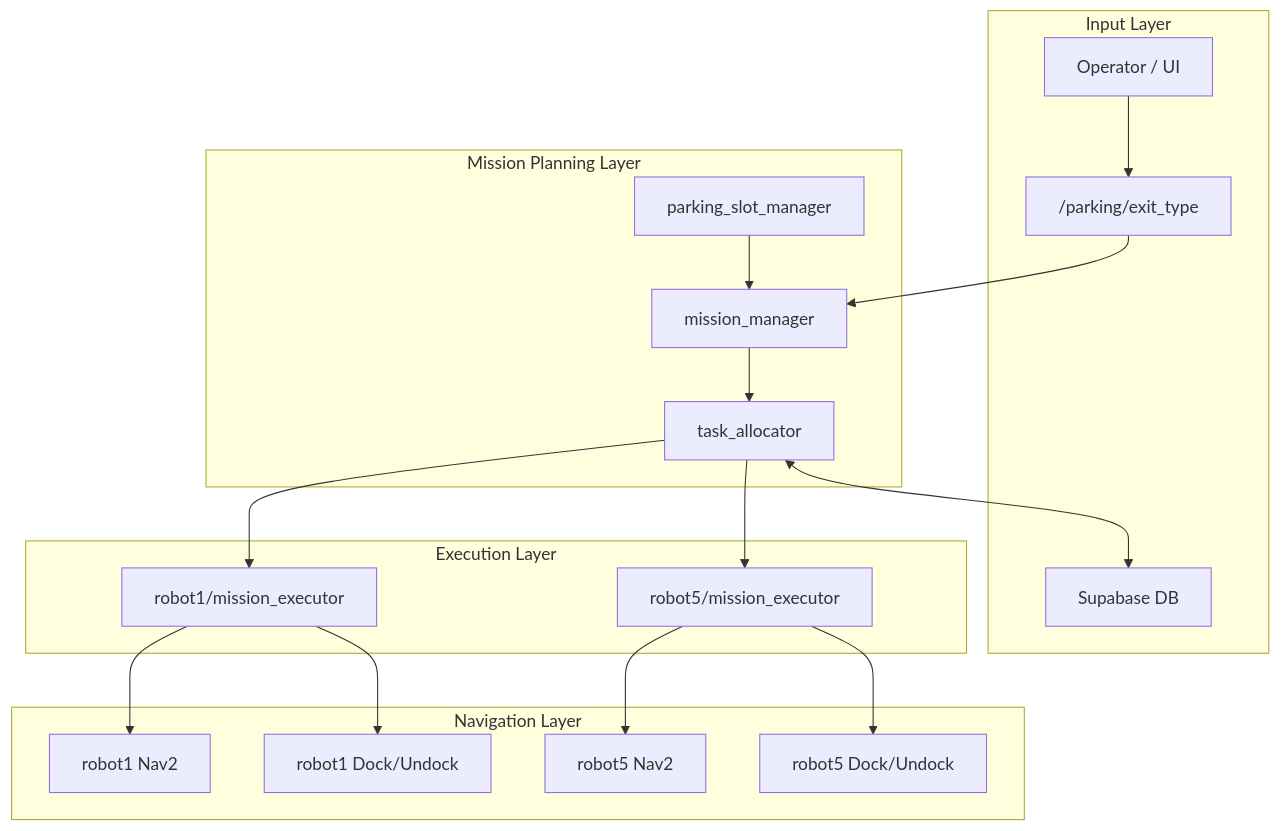
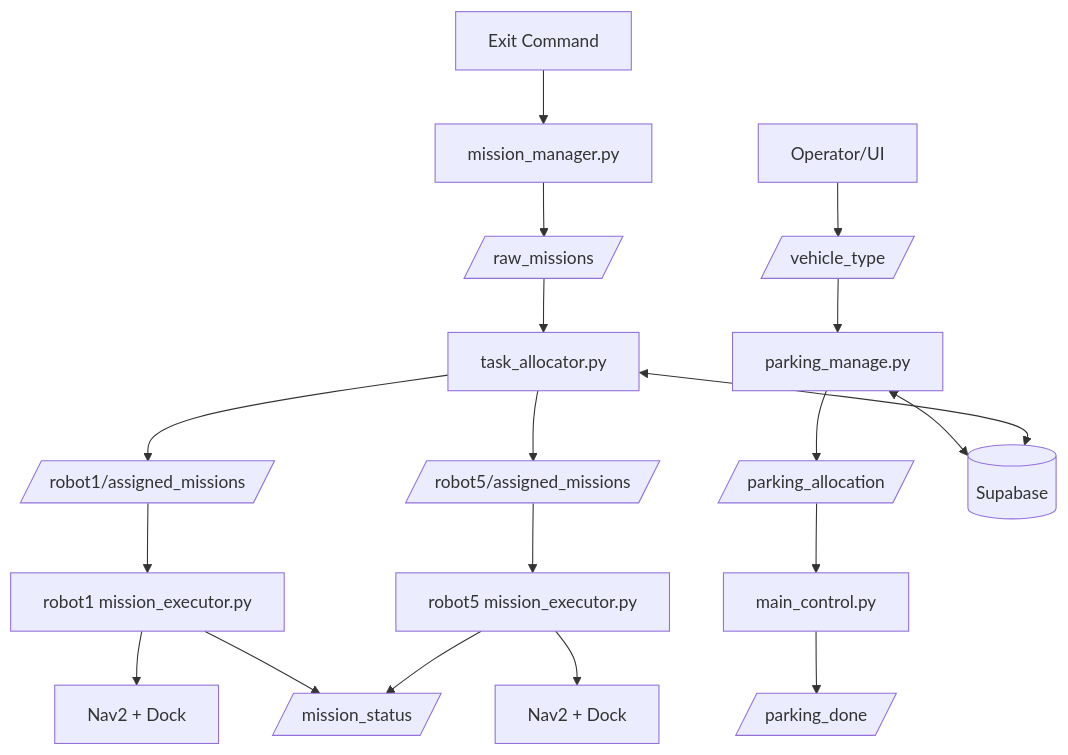
The diagram in 다중 AMR 주차대행 자동화 시스템 제어/README.md (amogae7/ROKEY_Projects), drawn with Mermaid before and after one commit. The commit also changed other lines of this file and 3 other files, not shown here.

````diff
--- a/다중 AMR 주차대행 자동화 시스템 제어/README.md
+++ b/다중 AMR 주차대행 자동화 시스템 제어/README.md
@@ -23,39 +48,22 @@
 ```mermaid
 flowchart TD
+  UI[Operator/UI] --> VT[/vehicle_type/]
+  VT --> PSM[parking_manage.py]
+  PSM --> ALLOC[/parking_allocation/]
+  ALLOC --> ORCH[main_control.py]
+  ORCH --> DONE[/parking_done/]
 
-subgraph L0["Input Layer"]
-    USER["Operator / UI"]
-    EXIT["/parking/exit_type"]
-    DB["Supabase DB"]
-end
-
-subgraph L1["Mission Planning Layer"]
-    SLOT["parking_slot_manager"]
-    MM["mission_manager"]
-    TA["task_allocator"]
-end
-
-subgraph L2["Execution Layer"]
-    ME1["robot1/mission_executor"]
-    ME5["robot5/mission_executor"]
-end
-
-subgraph L3["Navigation Layer"]
-    NAV1["robot1 Nav2"]
-    NAV5["robot5 Nav2"]
-    DOCK1["robot1 Dock/Undock"]
-    DOCK5["robot5 Dock/Undock"]
-end
-
-USER --> EXIT
-EXIT --> MM
-SLOT --> MM
-MM --> TA
-TA --> ME1
-TA --> ME5
-ME1 --> NAV1
-ME5 --> NAV5
-ME1 --> DOCK1
-ME5 --> DOCK5
-TA <--> DB
+  CMD[Exit Command] --> MM[mission_manager.py]
+  MM --> RAW[/raw_missions/]
+  RAW --> TA[task_allocator.py]
+  TA --> R1[/robot1/assigned_missions/]
+  TA --> R5[/robot5/assigned_missions/]
+  R1 --> EX1[robot1 mission_executor.py]
+  R5 --> EX5[robot5 mission_executor.py]
+  EX1 --> NAV1[Nav2 + Dock]
+  EX5 --> NAV5[Nav2 + Dock]
+  EX1 --> STAT[/mission_status/]
+  EX5 --> STAT
+  PSM <--> DB[(Supabase)]
+  TA <--> DB
 ```
````
